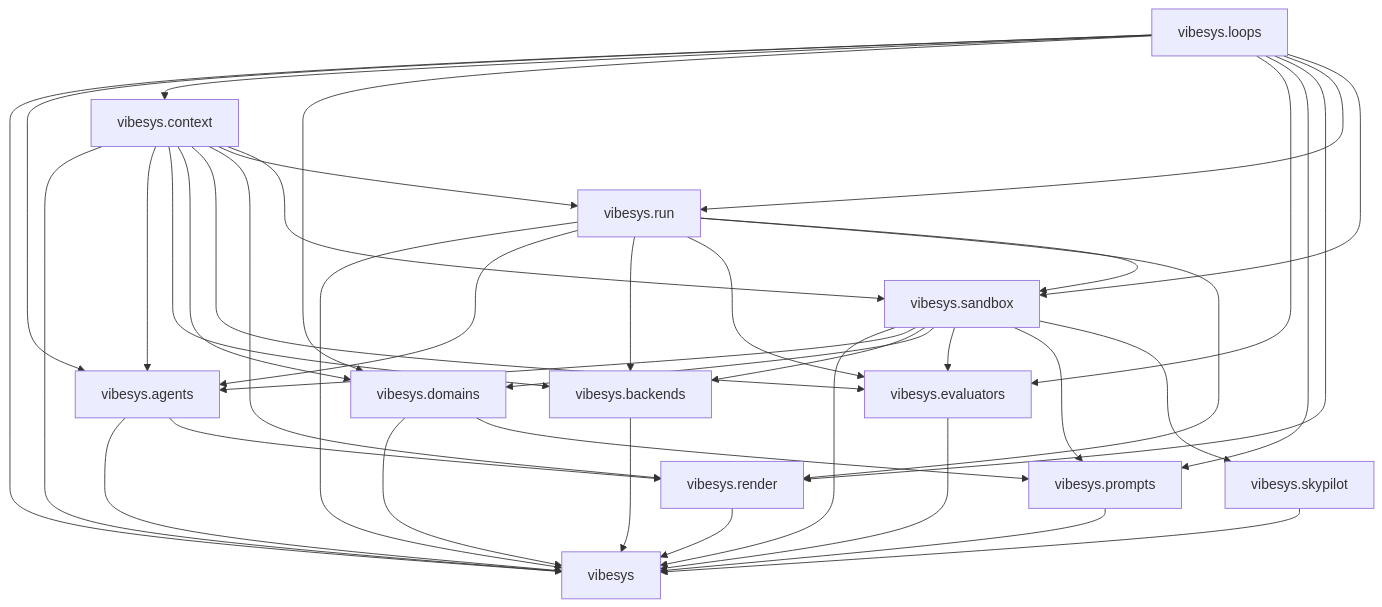
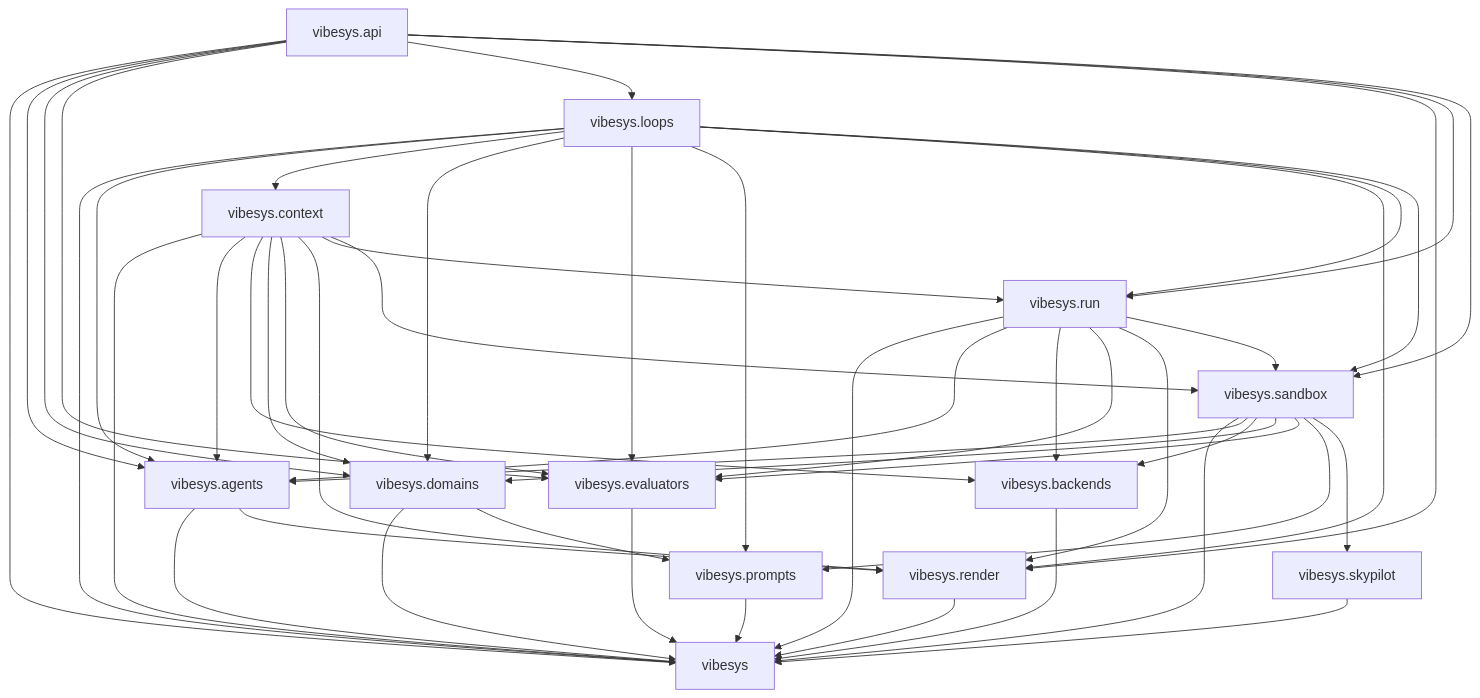
One commit to AyanBinRafaih/vibe-serve changed the second of 3 diagrams in docs/contributing/architecture.md. Above: the diagram before and after it, drawn with Mermaid. The commit also changed other lines of this file and 90 other files, not shown here.

First line of the commit message:
refactor: narrow the vibesys.api boundary and enforce it for server (#879)

````diff
--- a/docs/contributing/architecture.md
+++ b/docs/contributing/architecture.md
@@ -48,42 +50,50 @@
 ```mermaid
 graph TD
     vibesys.agents --> vibesys
     vibesys.agents --> vibesys.render
+    vibesys.api --> vibesys
+    vibesys.api --> vibesys.agents
+    vibesys.api --> vibesys.domains
+    vibesys.api --> vibesys.evaluators
+    vibesys.api --> vibesys.loops
+    vibesys.api --> vibesys.render
+    vibesys.api --> vibesys.run
+    vibesys.api --> vibesys.sandbox
     vibesys.backends --> vibesys
     vibesys.context --> vibesys
     vibesys.context --> vibesys.agents
     vibesys.context --> vibesys.backends
     vibesys.context --> vibesys.domains
     vibesys.context --> vibesys.evaluators
     vibesys.context --> vibesys.render
     vibesys.context --> vibesys.run
     vibesys.context --> vibesys.sandbox
     vibesys.domains --> vibesys
     vibesys.domains --> vibesys.prompts
     vibesys.evaluators --> vibesys
     vibesys.loops --> vibesys
     vibesys.loops --> vibesys.agents
     vibesys.loops --> vibesys.context
     vibesys.loops --> vibesys.domains
     vibesys.loops --> vibesys.evaluators
     vibesys.loops --> vibesys.prompts
     vibesys.loops --> vibesys.render
     vibesys.loops --> vibesys.run
     vibesys.loops --> vibesys.sandbox
     vibesys.prompts --> vibesys
     vibesys.render --> vibesys
     vibesys.run --> vibesys
     vibesys.run --> vibesys.agents
     vibesys.run --> vibesys.backends
     vibesys.run --> vibesys.evaluators
     vibesys.run --> vibesys.render
     vibesys.run --> vibesys.sandbox
     vibesys.sandbox --> vibesys
     vibesys.sandbox --> vibesys.agents
     vibesys.sandbox --> vibesys.backends
     vibesys.sandbox --> vibesys.domains
     vibesys.sandbox --> vibesys.evaluators
     vibesys.sandbox --> vibesys.prompts
     vibesys.sandbox --> vibesys.skypilot
     vibesys.skypilot --> vibesys
 ```
````
